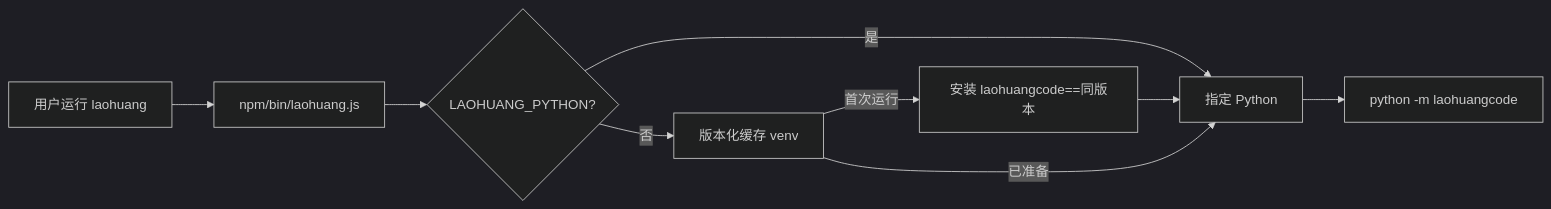
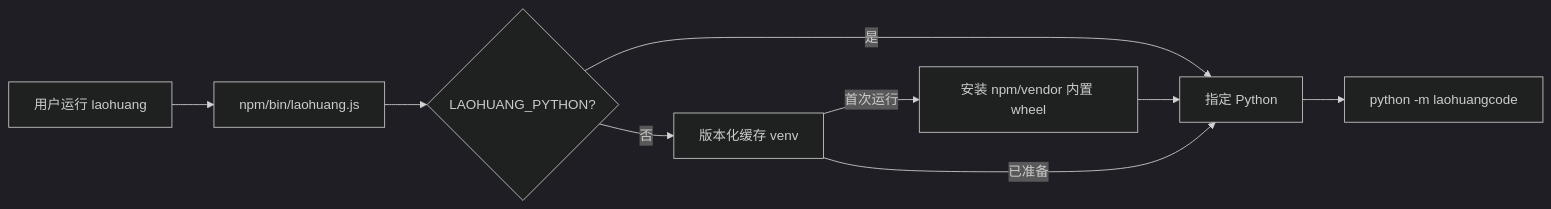
One commit to hxr223/laoHuangCode changed the diagram in docs/npm-distribution.md. Above: the diagram before and after it, drawn with Mermaid (dark theme). The commit also changed other lines of this file and 13 other files, not shown here.

Commit message:
build: bundle Python core in npm package

````diff
--- a/docs/npm-distribution.md
+++ b/docs/npm-distribution.md
@@ -12,11 +13,11 @@
 ```mermaid
 flowchart LR
     User["用户运行 laohuang"] --> Node["npm/bin/laohuang.js"]
     Node --> Detect{"LAOHUANG_PYTHON?"}
     Detect -->|是| Python["指定 Python"]
     Detect -->|否| Cache["版本化缓存 venv"]
-    Cache -->|首次运行| PyPI["安装 laohuangcode==同版本"]
-    PyPI --> Python
+    Cache -->|首次运行| Wheel["安装 npm/vendor 内置 wheel"]
+    Wheel --> Python
     Cache -->|已准备| Python
     Python --> Core["python -m laohuangcode"]
 ```
````
